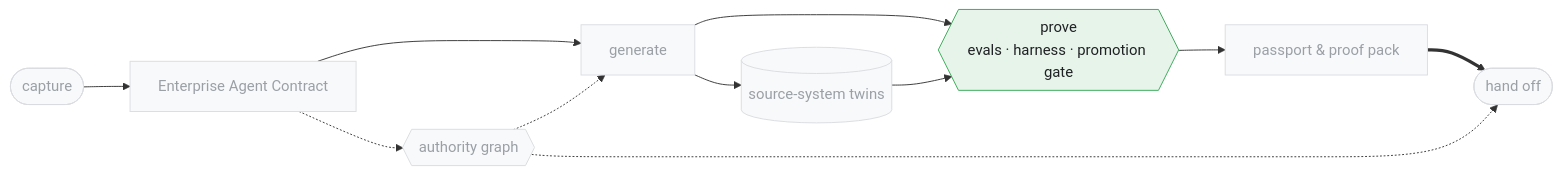
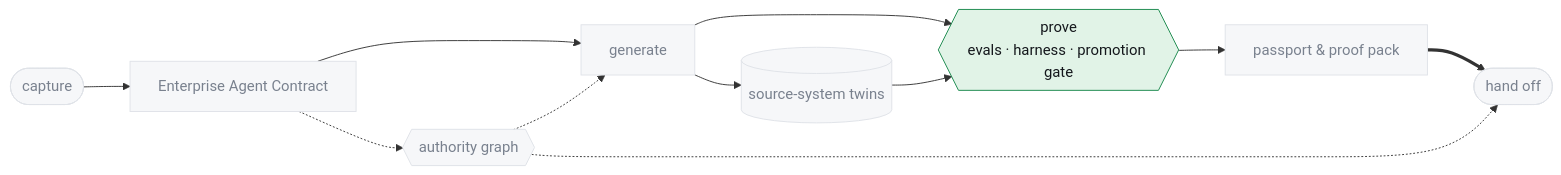
Before and after one commit to vamsiramakrishnan/ge-agent-factory: the diagram in docs/diagrams-src/signature-pipeline-evals-as-proof.mmd, drawn with Mermaid. The commit also changed 72 other files, not shown here.

```diff
--- a/docs/diagrams-src/signature-pipeline-evals-as-proof.mmd
+++ b/docs/diagrams-src/signature-pipeline-evals-as-proof.mmd
@@ -1,25 +1,25 @@
 flowchart LR
     CAP(["capture"])
     CONTRACT["Enterprise Agent Contract"]
     GEN["generate"]
     TWIN[("source-system twins")]
     PROVE{{"prove\nevals · harness · promotion gate"}}
     PASSPORT["passport & proof pack"]
     HANDOFF(["hand off"])
     AUTH{{"authority graph"}}
 
     CAP --> CONTRACT
     CONTRACT --> GEN
     GEN --> TWIN
     GEN --> PROVE
     TWIN --> PROVE
     PROVE --> PASSPORT
     PASSPORT ==> HANDOFF
     CONTRACT -.-> AUTH
     AUTH -.-> GEN
     AUTH -.-> HANDOFF
 
-    classDef proof fill:#e6f4ea,stroke:#34a853,color:#202124
-    classDef dim fill:#f8f9fa,stroke:#dadce0,color:#9aa0a6
+    classDef proof fill:#e1f3e7,stroke:#16874a,color:#14171c
+    classDef dim fill:#f6f7f9,stroke:#dfe2e8,color:#79818e
     class PROVE proof
     class CAP,CONTRACT,GEN,TWIN,PASSPORT,HANDOFF,AUTH dim
```
